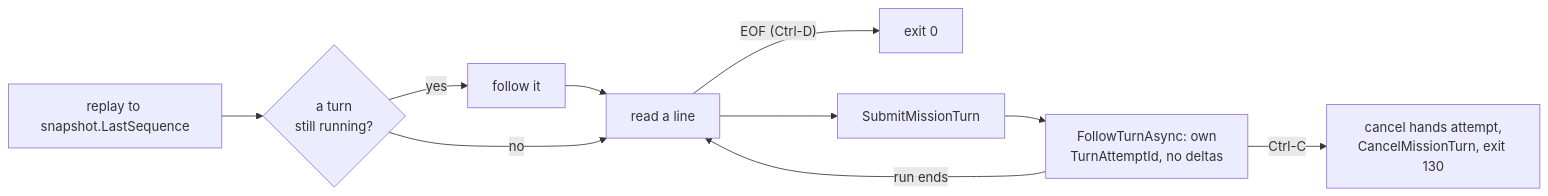
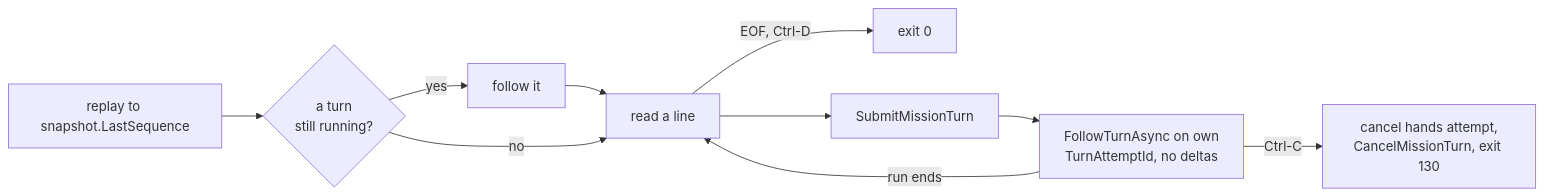
Before and after one commit to katasec/mission-control-language: diagram 17 of 23 in docs/design/how-conversations-work.md, drawn with Mermaid. The commit also changed other lines of this file and 2 other files, not shown here.

````diff
--- a/docs/design/how-conversations-work.md
+++ b/docs/design/how-conversations-work.md
@@ -428,10 +468,10 @@
 ```mermaid
 flowchart LR
   OPEN["replay to snapshot.LastSequence"] --> RUN{"a turn<br/>still running?"}
-  RUN -->|yes| F1["follow it"] --> READ
-  RUN -->|no| READ["read a line"]
-  READ -->|"EOF (Ctrl-D)"| EXIT["exit 0"]
-  READ --> SUB["SubmitMissionTurn"] --> F2["FollowTurnAsync: own<br/>TurnAttemptId, no deltas"]
+  RUN -->|"yes"| F1["follow it"] --> READ
+  RUN -->|"no"| READ["read a line"]
+  READ -->|"EOF, Ctrl-D"| EXIT["exit 0"]
+  READ --> SUB["SubmitMissionTurn"] --> F2["FollowTurnAsync on own<br/>TurnAttemptId, no deltas"]
   F2 -->|"run ends"| READ
   F2 -->|"Ctrl-C"| CAN["cancel hands attempt,<br/>CancelMissionTurn, exit 130"]
 ```
````
